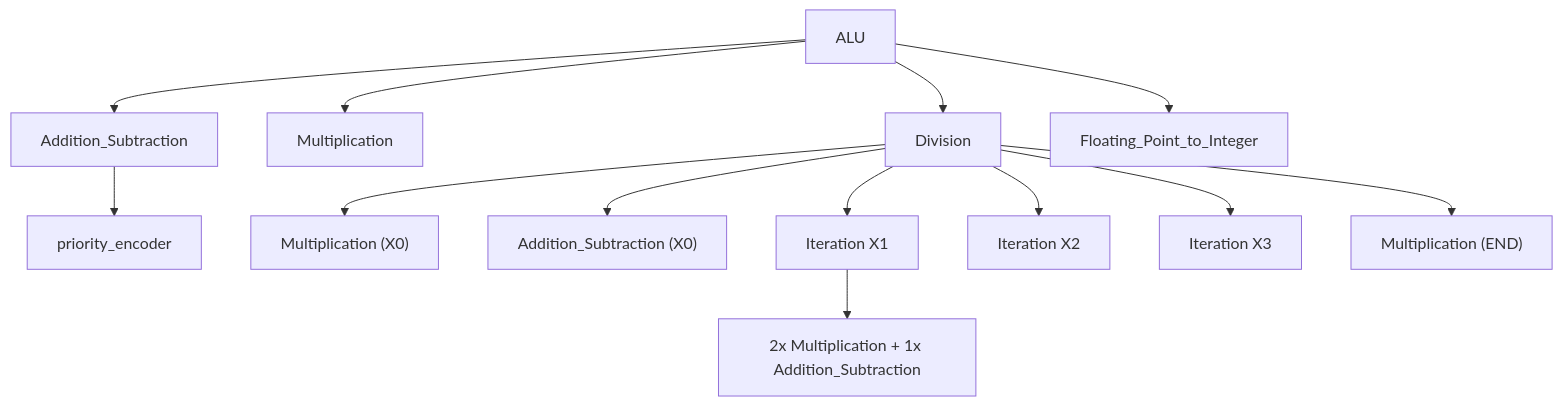
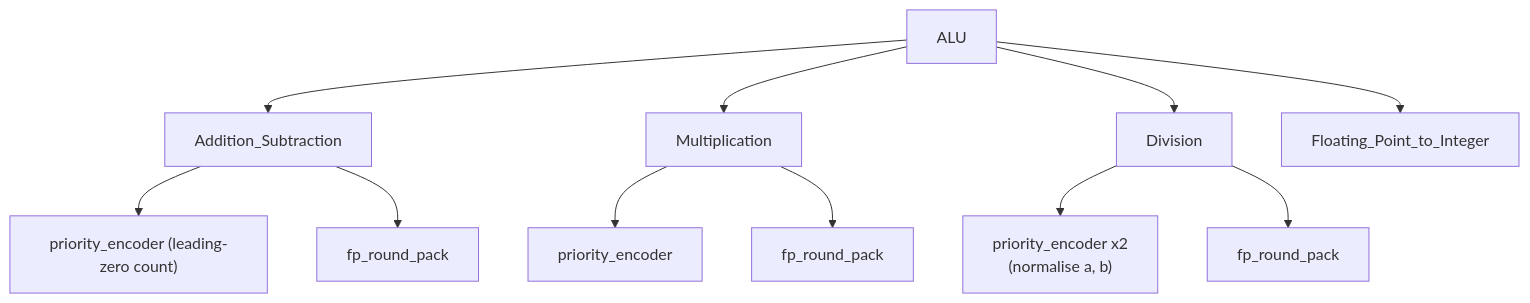
Before and after one commit to tdviet2011/ALU-PLOATING-POINT: the second of 6 diagrams in README.md, drawn with Mermaid. The commit also changed other lines of this file and 16 other files, not shown here.

````diff
--- a/README.md
+++ b/README.md
@@ -81,15 +86,13 @@
 ```mermaid
 flowchart TD
     ALU --> AS1["Addition_Subtraction"]
     ALU --> M1["Multiplication"]
     ALU --> D1["Division"]
     ALU --> F1["Floating_Point_to_Integer"]
-    AS1 --> PE1["priority_encoder"]
-    D1 --> Mx0["Multiplication (X0)"]
-    D1 --> AX0["Addition_Subtraction (X0)"]
-    D1 --> I1["Iteration X1"]
-    D1 --> I2["Iteration X2"]
-    D1 --> I3["Iteration X3"]
-    D1 --> MEND["Multiplication (END)"]
-    I1 --> IM1["2x Multiplication + 1x Addition_Subtraction"]
+    AS1 --> PE1["priority_encoder (leading-zero count)"]
+    AS1 --> RP1["fp_round_pack"]
+    M1 --> PE2["priority_encoder"]
+    M1 --> RP2["fp_round_pack"]
+    D1 --> PE3["priority_encoder x2<br/>(normalise a, b)"]
+    D1 --> RP3["fp_round_pack"]
 ```
````
